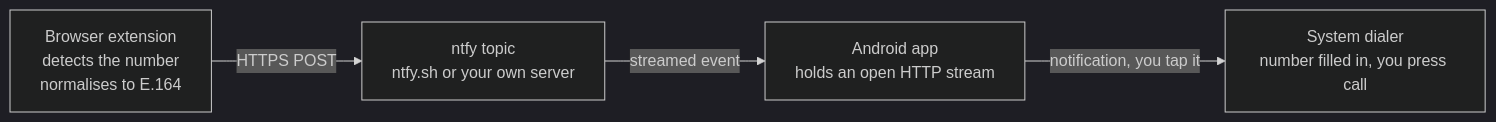
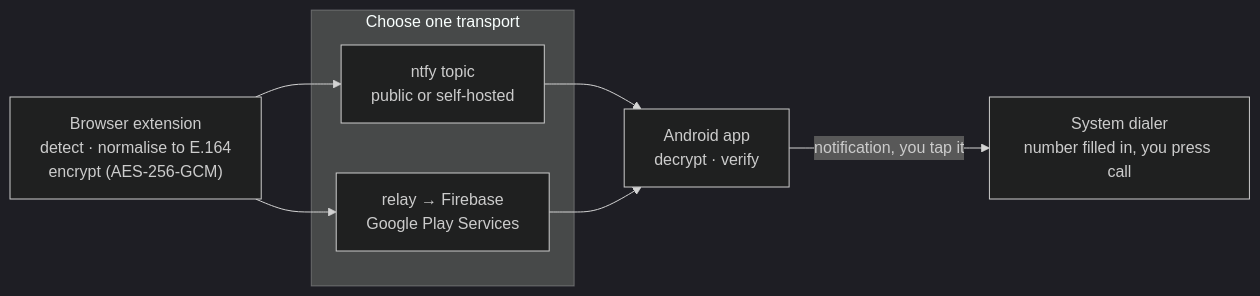
One commit to gruncode/dialbridge changed the diagram in README.md. Above: the diagram before and after it, drawn with Mermaid (dark theme). The commit also changed other lines of this file and 23 other files, not shown here.

First line of the commit message:
Add Google Play Services transport, with end-to-end encryption

````diff
--- a/README.md
+++ b/README.md
@@ -14,11 +14,16 @@
 ```mermaid
 flowchart LR
-    A["Browser extension<br/>detects the number<br/>normalises to E.164"]
-    B["ntfy topic<br/>ntfy.sh or your own server"]
-    C["Android app<br/>holds an open HTTP stream"]
+    A["Browser extension<br/>detect · normalise to E.164<br/>encrypt (AES-256-GCM)"]
+
+    subgraph T["Choose one transport"]
+        B1["ntfy topic<br/>public or self-hosted"]
+        B2["relay → Firebase<br/>Google Play Services"]
+    end
+
+    C["Android app<br/>decrypt · verify"]
     D["System dialer<br/>number filled in, you press call"]
 
-    A -- "HTTPS POST" --> B
-    B -- "streamed event" --> C
+    A --> B1 --> C
+    A --> B2 --> C
     C -- "notification, you tap it" --> D
 ```
````
